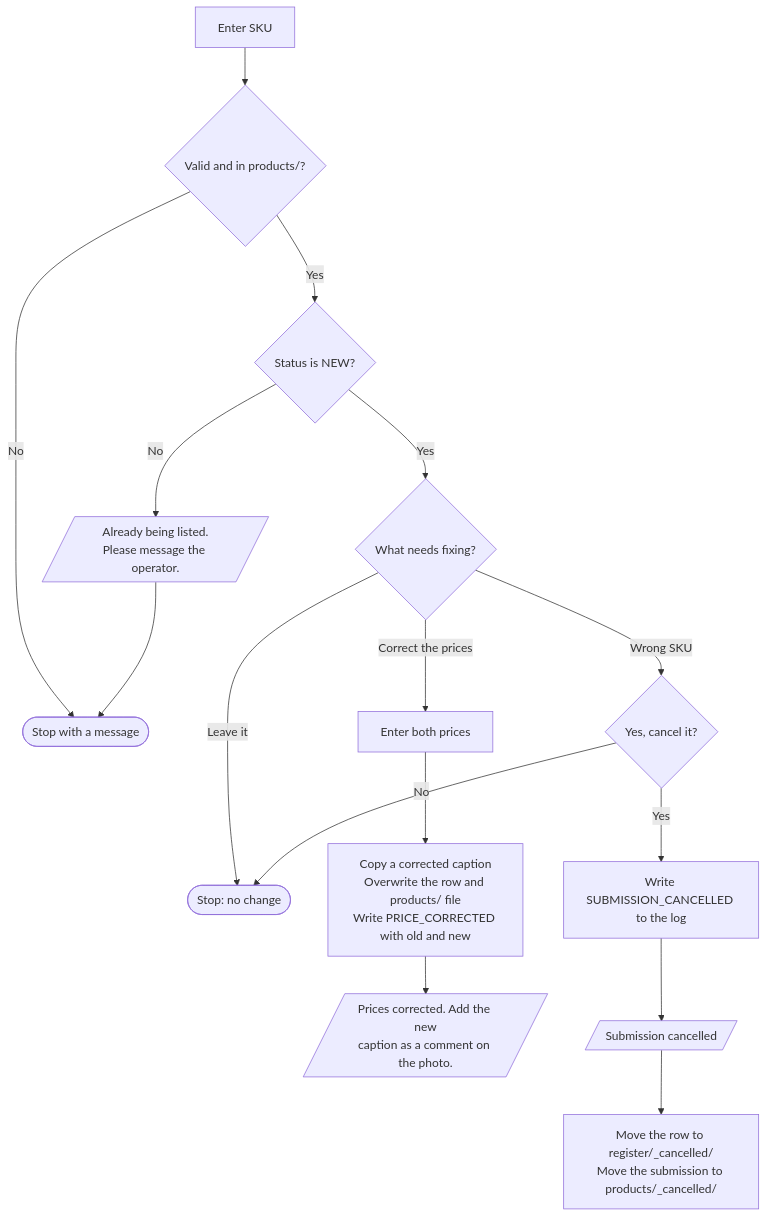
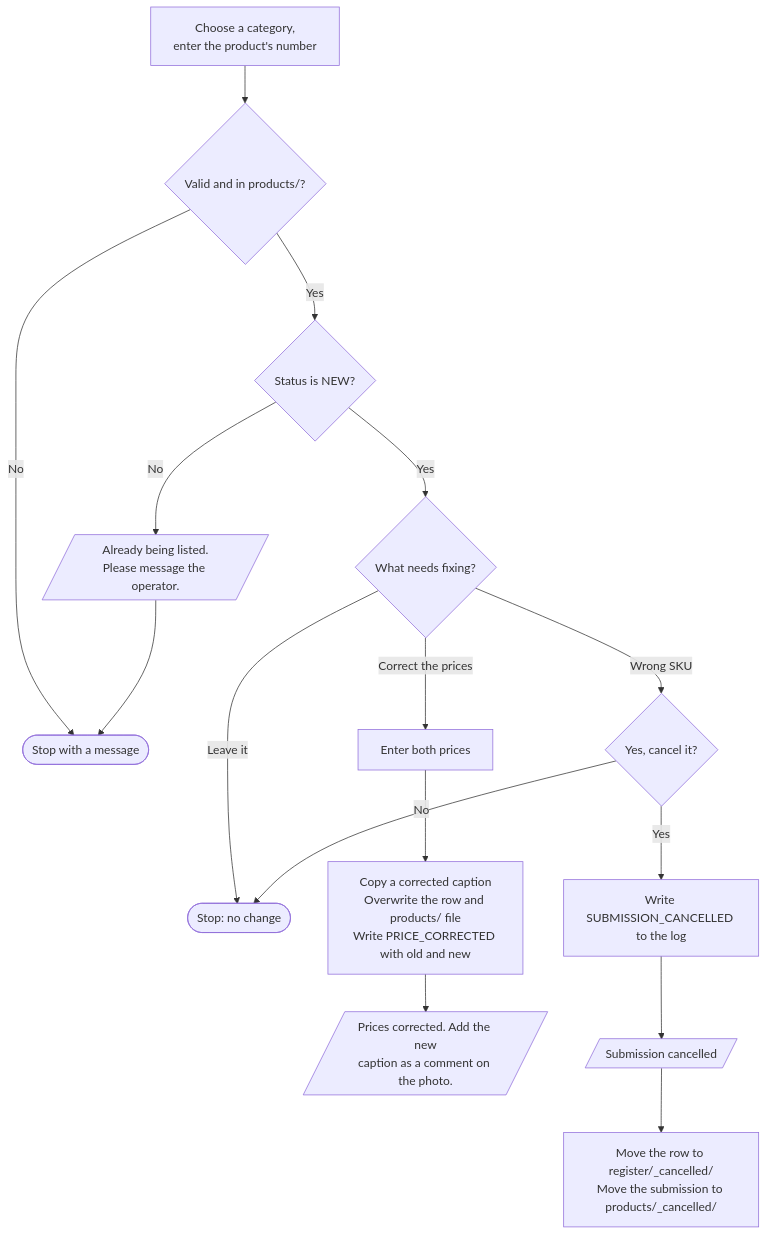
Before and after one commit to sagargupta2001/periwinkle-shopify-theme: the diagram in docs/product-operations/fix-product.md, drawn with Mermaid. The commit also changed other lines of this file and 15 other files, not shown here.

First line of the commit message:
Pick SKUs from a category menu with a suggested next number

````diff
--- a/docs/product-operations/fix-product.md
+++ b/docs/product-operations/fix-product.md
@@ -11,17 +11,17 @@
 ```mermaid
 flowchart TD
-    A[Enter SKU] --> B{"Valid and in products/?"}
+    A["Choose a category,<br/>enter the product's number"] --> B{"Valid and in products/?"}
     B -->|No| STOP([Stop with a message])
     B -->|Yes| C{"Status is NEW?"}
     C -->|No| C1[/"Already being listed.<br/>Please message the operator."/] --> STOP
     C -->|Yes| D{"What needs fixing?"}
     D -->|Leave it| STOP2([Stop: no change])
     D -->|Correct the prices| E[Enter both prices]
     E --> F["Copy a corrected caption<br/>Overwrite the row and products/ file<br/>Write PRICE_CORRECTED with old and new"]
     F --> G[/"Prices corrected. Add the new<br/>caption as a comment on the photo."/]
     D -->|Wrong SKU| H{"Yes, cancel it?"}
     H -->|No| STOP2
     H -->|Yes| I["Write SUBMISSION_CANCELLED to the log"]
     I --> J[/"Submission cancelled"/]
     J --> K["Move the row to register/_cancelled/<br/>Move the submission to products/_cancelled/"]
 ```
````
